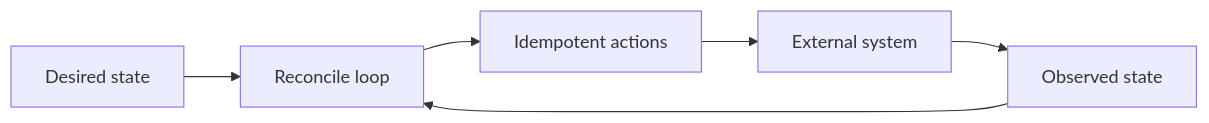
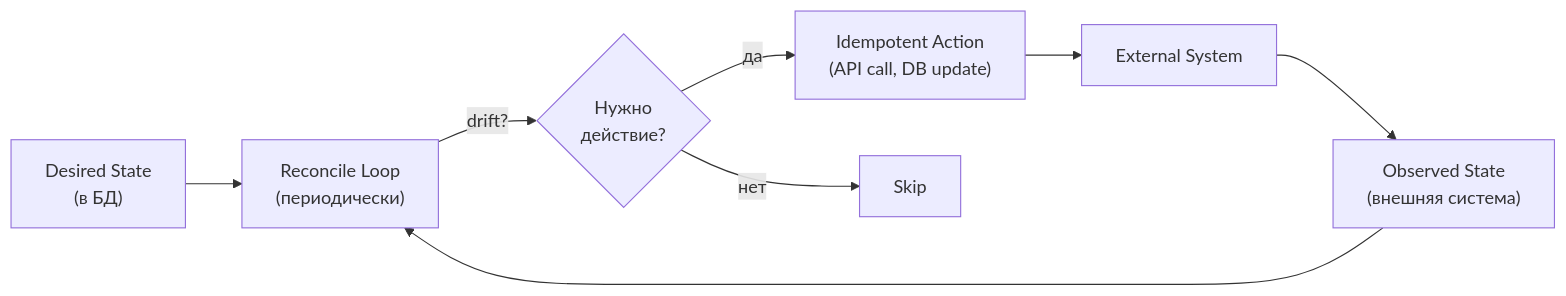
Before and after one commit to fev0ks/LearnGoLang: the third of 3 diagrams in docs/senior-golang-study/04-architecture-and-patterns/patterns/02-architecture-patterns.md, drawn with Mermaid. The commit also changed other lines of this file and 10 other files, not shown here.

Commit message:
Refactor 04-architecture-and-patterns: add diagrams, tables, new files

````diff
--- a/docs/senior-golang-study/04-architecture-and-patterns/patterns/02-architecture-patterns.md
+++ b/docs/senior-golang-study/04-architecture-and-patterns/patterns/02-architecture-patterns.md
@@ -235,8 +367,10 @@
 ```mermaid
 flowchart LR
-    Desired["Desired state"] --> Reconcile["Reconcile loop"]
-    Observed["Observed state"] --> Reconcile
-    Reconcile --> Actions["Idempotent actions"]
-    Actions --> External["External system"]
+    Desired["Desired State\n(в БД)"] --> Reconcile["Reconcile Loop\n(периодически)"]
+    Observed["Observed State\n(внешняя система)"] --> Reconcile
+    Reconcile --> |"drift?"| Decision{Нужно\nдействие?}
+    Decision --> |да| Action["Idempotent Action\n(API call, DB update)"]
+    Decision --> |нет| Skip["Skip"]
+    Action --> External["External System"]
     External --> Observed
 ```
````
